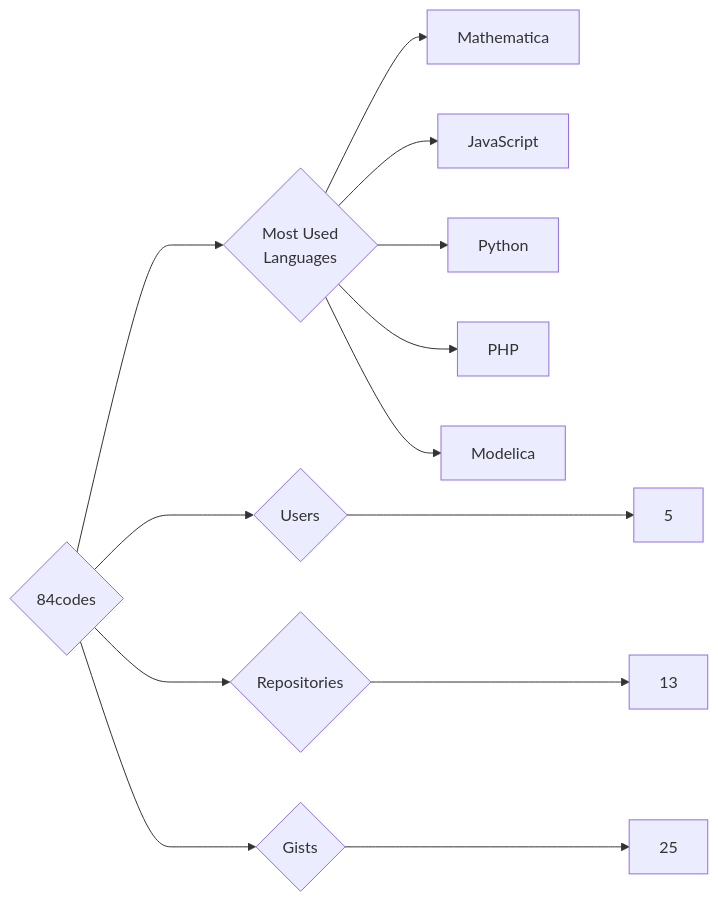
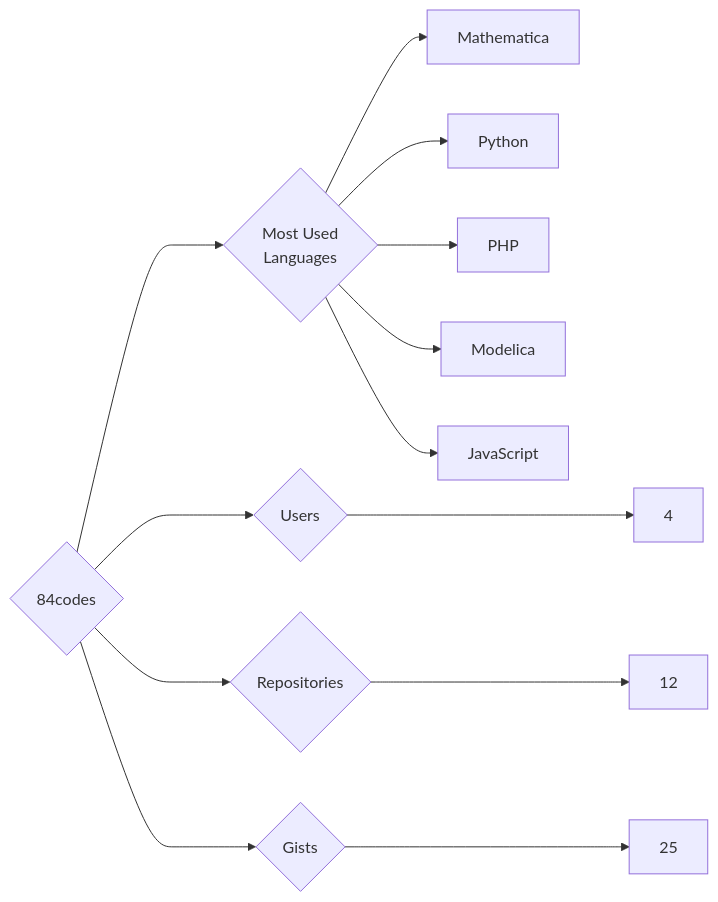
Before and after one commit to trickest/insiders: the diagram in targets/84codes/README.md, drawn with Mermaid. The commit also changed 1055 other files, not shown here.

````diff
--- a/targets/84codes/README.md
+++ b/targets/84codes/README.md
@@ -3,13 +3,13 @@
 ```mermaid
 graph LR
 COMPANY_NAME{84codes}
-COMPANY_NAME ---> U{Users} ---> UN[5]
-COMPANY_NAME ---> R{Repositories} ---> RN[13]
+COMPANY_NAME ---> U{Users} ---> UN[4]
+COMPANY_NAME ---> R{Repositories} ---> RN[12]
 COMPANY_NAME ---> G{Gists} ---> GN[25]
 COMPANY_NAME ---> ML{Most Used<br>Languages}
 ML --> Mathematica[Mathematica]
-ML --> JavaScript[JavaScript]
 ML --> Python[Python]
 ML --> PHP[PHP]
 ML --> Modelica[Modelica]
+ML --> JavaScript[JavaScript]
 ```
````
